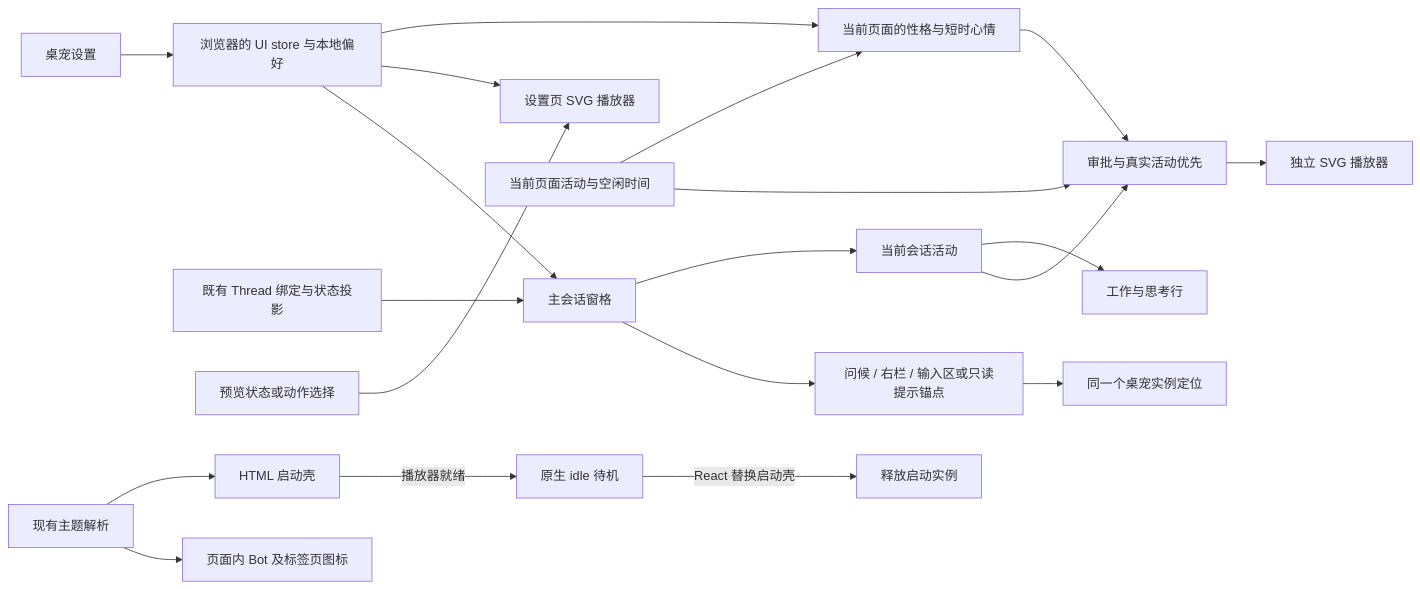
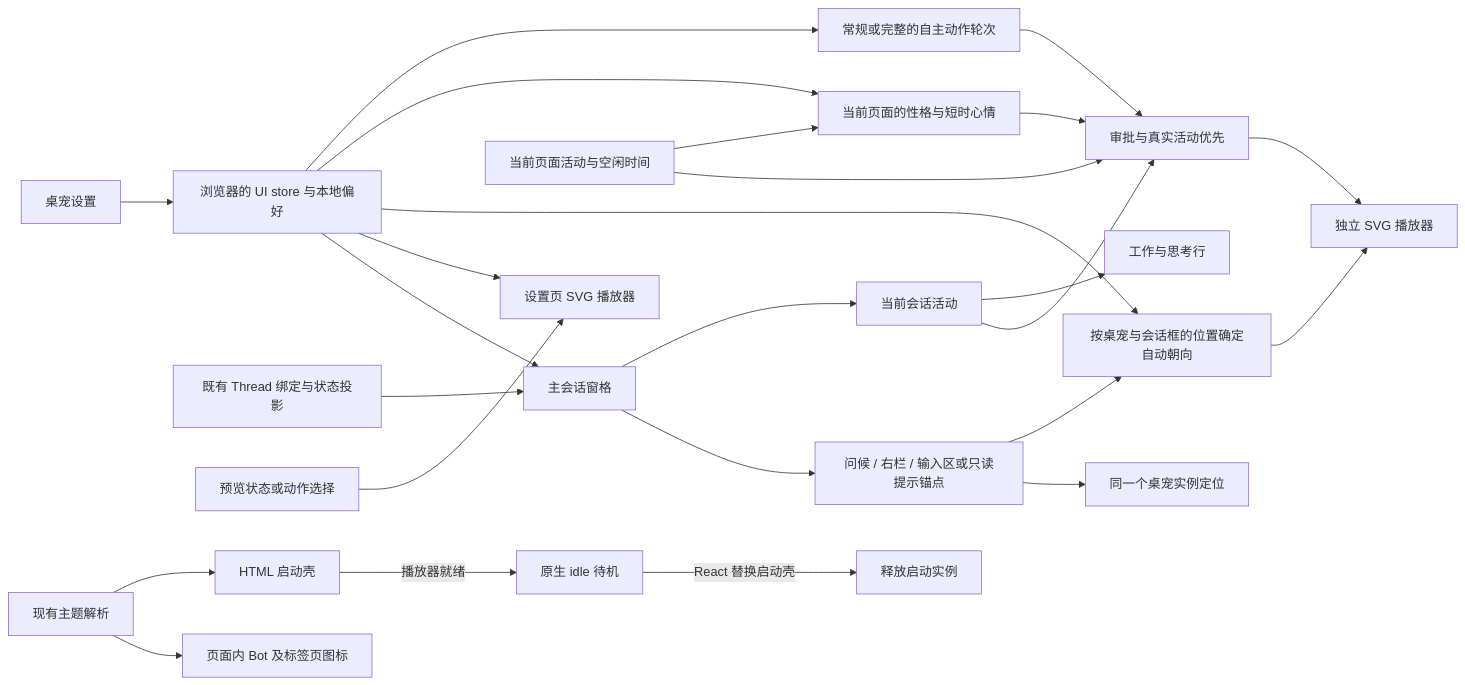
One commit to LiangLiang723/codex-web changed the diagram in specs/selfhost-codex/brand-and-conversation-pet.md. Above: the diagram before and after it, drawn with Mermaid. The commit also changed other lines of this file and 18 other files, not shown here.

````diff
--- a/specs/selfhost-codex/brand-and-conversation-pet.md
+++ b/specs/selfhost-codex/brand-and-conversation-pet.md
@@ -28,22 +30,27 @@
 ```mermaid
 flowchart LR
   Settings[桌宠设置] --> Preference[浏览器的 UI store 与本地偏好]
   Preference --> Pane[主会话窗格]
   Preference --> Preview[设置页 SVG 播放器]
   Runtime[既有 Thread 绑定与状态投影] --> Pane
   Pane --> Anchor[问候 / 右栏 / 输入区或只读提示锚点]
   Anchor --> Pet[同一个桌宠实例定位]
+  Anchor --> Facing[按桌宠与会话框的位置确定自动朝向]
+  Preference --> Facing
+  Facing --> Player
   Pane --> Activity[当前会话活动]
   Activity --> Motion[审批与真实活动优先]
   Gesture[当前页面活动与空闲时间] --> Motion
   Motion --> Player[独立 SVG 播放器]
   Activity --> Summary[工作与思考行]
   Preference --> Mood[当前页面的性格与短时心情]
   Gesture --> Mood
   Mood --> Motion
+  Preference --> Repertoire[常规或完整的自主动作轮次]
+  Repertoire --> Motion
   Preset[预览状态或动作选择] --> Preview[设置页 SVG 播放器]
   Theme[现有主题解析] --> Mark[页面内 Bot 及标签页图标]
   Theme --> Startup[HTML 启动壳]
   Startup -->|播放器就绪| Loading[原生 idle 待机]
   Loading -->|React 替换启动壳| Dispose[释放启动实例]
 ```
````
